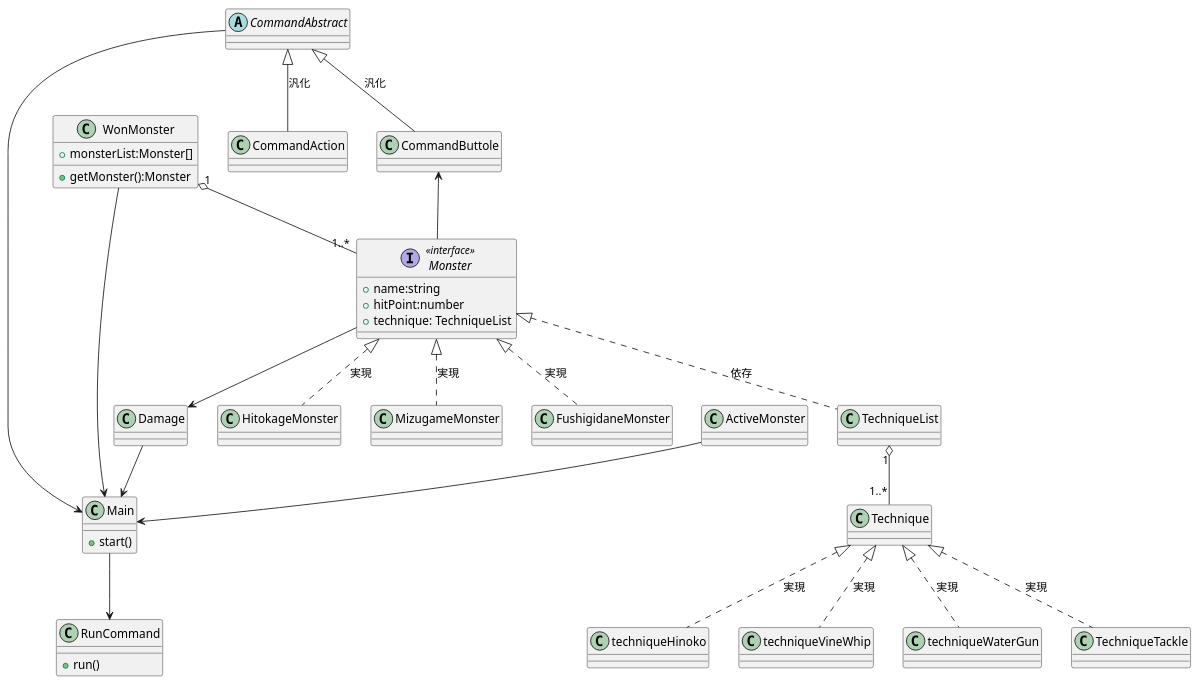
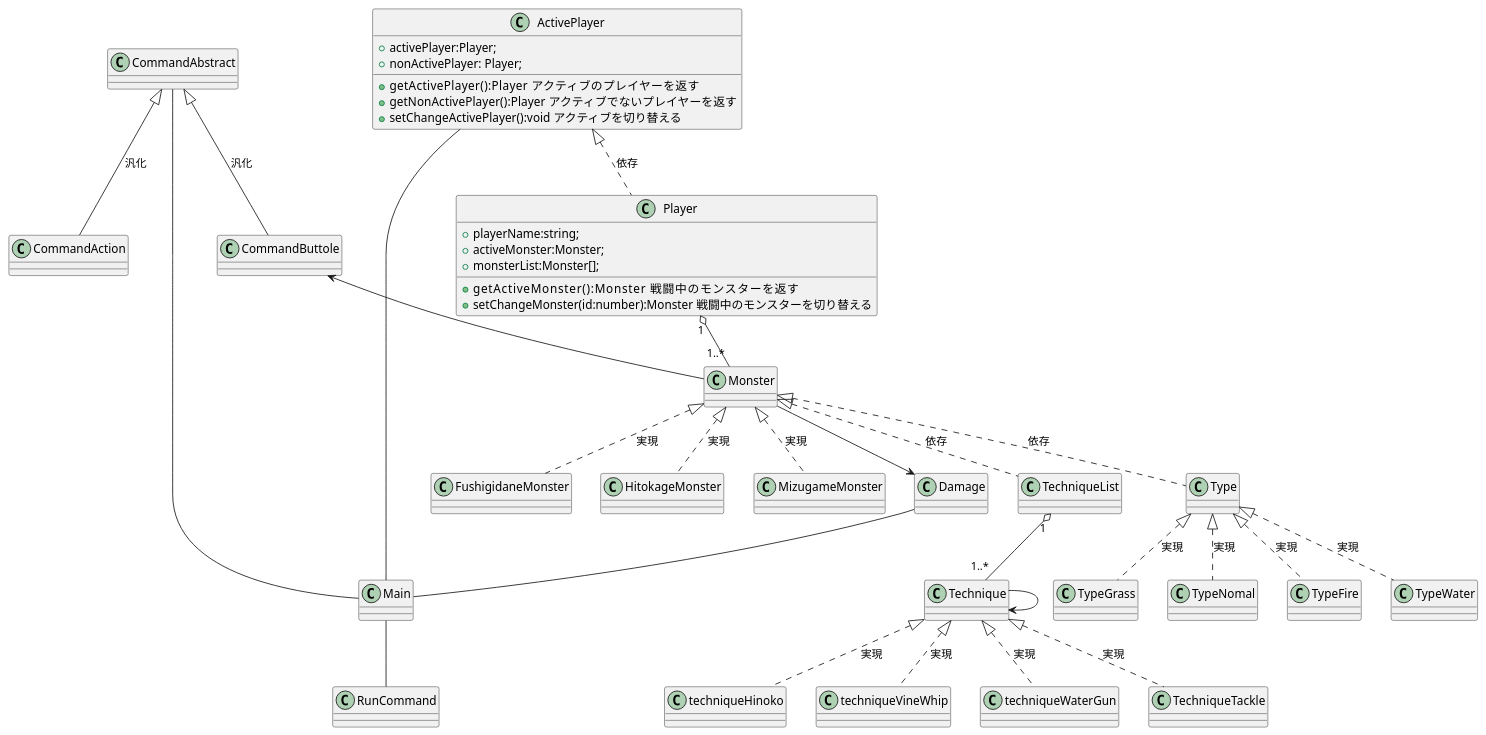
The diagram in test.pu (Nash-BETA/battle_app), drawn with PlantUML before and after one commit. The commit also changed 20 other files, not shown here.

```diff
--- a/test.pu
+++ b/test.pu
@@ -1,64 +1,55 @@
 @startuml TwiitDisplay
 
-class RunCommand{
-    + run()
-}
-class Main{
-    + start()
+class ActivePlayer{
+    + activePlayer:Player;
+    + nonActivePlayer: Player;
+    + getActivePlayer():Player     アクティブのプレイヤーを返す
+    + getNonActivePlayer():Player  アクティブでないプレイヤーを返す
+    + setChangeActivePlayer():void アクティブを切り替える
 }
 
-class WonMonster{
-    + monsterList:Monster[]
-    + getMonster():Monster
+class Player{
+    + playerName:string;
+    + activeMonster:Monster;
+    + monsterList:Monster[];
+    + getActiveMonster():Monster          戦闘中のモンスターを返す
+    + setChangeMonster(id:number):Monster 戦闘中のモンスターを切り替える
 }
 
-interface Monster <<interface>>{
-    + name:string
-    + hitPoint:number
-    + technique: TechniqueList
-}
-class FushigidaneMonster {
-}
-class ActiveMonster{
-}
-abstract class CommandAbstract{
-}
+Main -- RunCommand
+CommandAbstract -- Main
+Damage -- Main
+ActivePlayer -- Main
 
-class CommandAction{
-}
-class CommandButtole{
-}
-class Technique{
-}
-class TechniqueTackle{
-}
+Monster --> Damage
+Technique --> Technique
 
-
-Main --> RunCommand
-WonMonster --> Main
-CommandAbstract --> Main
-ActiveMonster --> Main
-Monster --> Damage
-Damage --> Main
-WonMonster "1" o-- "1..*" Monster
+Player "1" o-- "1..*" Monster
 
 TechniqueList "1" o-- "1..*" Technique
 
+ActivePlayer <|.. Player :依存
+
 Monster <|.. TechniqueList :依存
+Monster <|.. Type :依存
 
 Monster  <|.. FushigidaneMonster : 実現
 Monster  <|.. HitokageMonster : 実現
 Monster  <|.. MizugameMonster : 実現
-
 
 CommandAbstract <|-- CommandAction :汎化
 CommandAbstract <|-- CommandButtole :汎化
 CommandButtole <-- Monster
 
 Technique  <|.. TechniqueTackle : 実現
 Technique  <|.. techniqueHinoko : 実現
 Technique  <|.. techniqueVineWhip : 実現
 Technique  <|.. techniqueWaterGun : 実現
 
+Type <|.. TypeFire : 実現
+Type <|.. TypeWater : 実現
+Type <|.. TypeGrass : 実現
+Type <|.. TypeNomal : 実現
+
 
 @enduml
```
